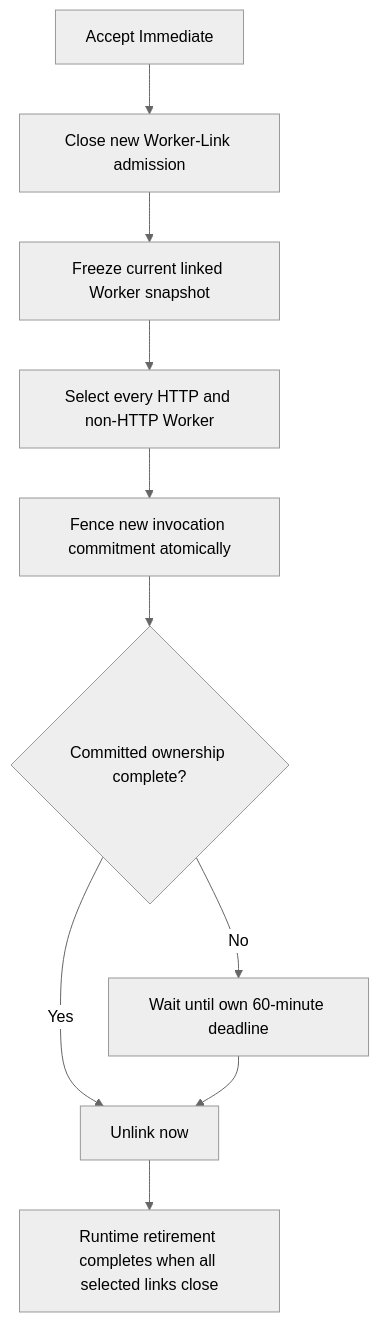
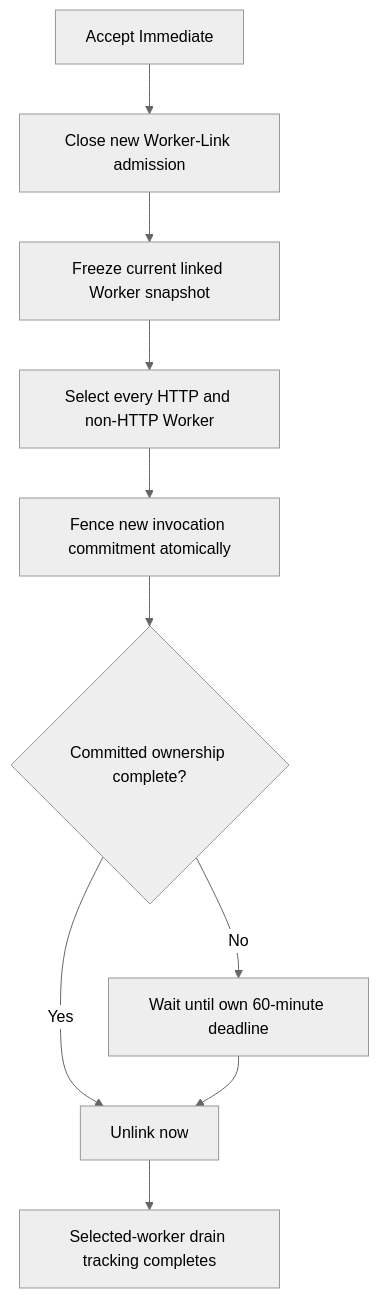
One commit to Azure/azure-functions-host changed the third of 5 diagrams in tools/ComputeSeparation/byoc-runtime-drain.md. Above: the diagram before and after it, drawn with Mermaid (neutral theme). The commit also changed other lines of this file and 12 other files, not shown here.

````diff
--- a/tools/ComputeSeparation/byoc-runtime-drain.md
+++ b/tools/ComputeSeparation/byoc-runtime-drain.md
@@ -190,12 +204,12 @@
 ```mermaid
 flowchart TD
     A[Accept Immediate] --> B[Close new Worker-Link admission]
     B --> C[Freeze current linked Worker snapshot]
     C --> D[Select every HTTP and non-HTTP Worker]
     D --> E[Fence new invocation commitment atomically]
     E --> F{Committed ownership complete?}
     F -->|Yes| G[Unlink now]
     F -->|No| H[Wait until own 60-minute deadline]
     H --> G
-    G --> I[Runtime retirement completes when all selected links close]
+    G --> I[Selected-worker drain tracking completes]
 ```
````
